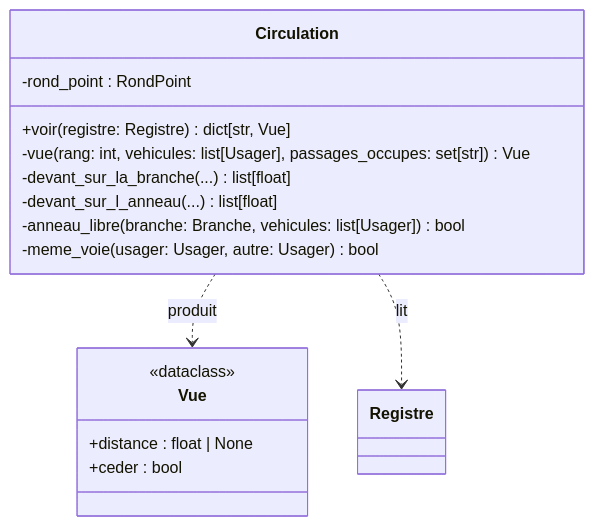
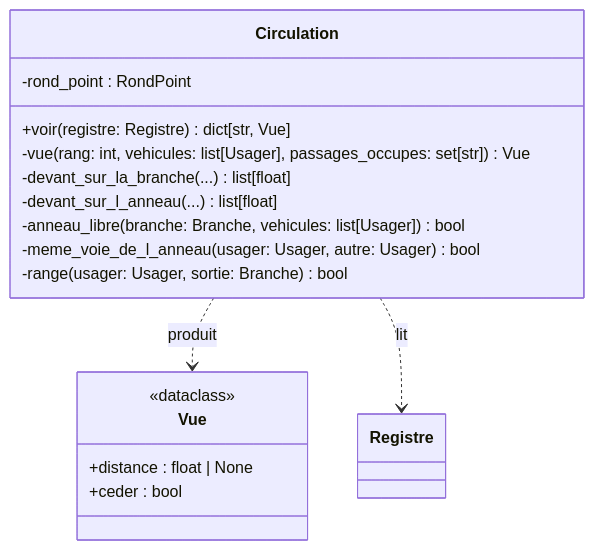
The eighth of 12 diagrams in docs/uml.md (vRayzix/SAE3.02_Developper-une-application-communicante), drawn with Mermaid before and after one commit. The commit also changed other lines of this file, not shown here.

First line of the commit message:
docs(uml): géométrie de Bel Air, voies de l'anneau, cap et nouvelle scène

````diff
--- a/docs/uml.md
+++ b/docs/uml.md
@@ -511,21 +559,22 @@
 ```mermaid
 classDiagram
     class Vue {
         <<dataclass>>
         +distance : float | None
         +ceder : bool
     }
 
     class Circulation {
         -rond_point : RondPoint
         +voir(registre: Registre) dict[str, Vue]
         -vue(rang: int, vehicules: list[Usager], passages_occupes: set[str]) Vue
         -devant_sur_la_branche(...) list[float]
         -devant_sur_l_anneau(...) list[float]
         -anneau_libre(branche: Branche, vehicules: list[Usager]) bool
-        -meme_voie(usager: Usager, autre: Usager) bool
+        -meme_voie_de_l_anneau(usager: Usager, autre: Usager) bool
+        -range(usager: Usager, sortie: Branche) bool
     }
 
     Circulation ..> Vue : produit
     Circulation ..> Registre : lit
 ```
````
